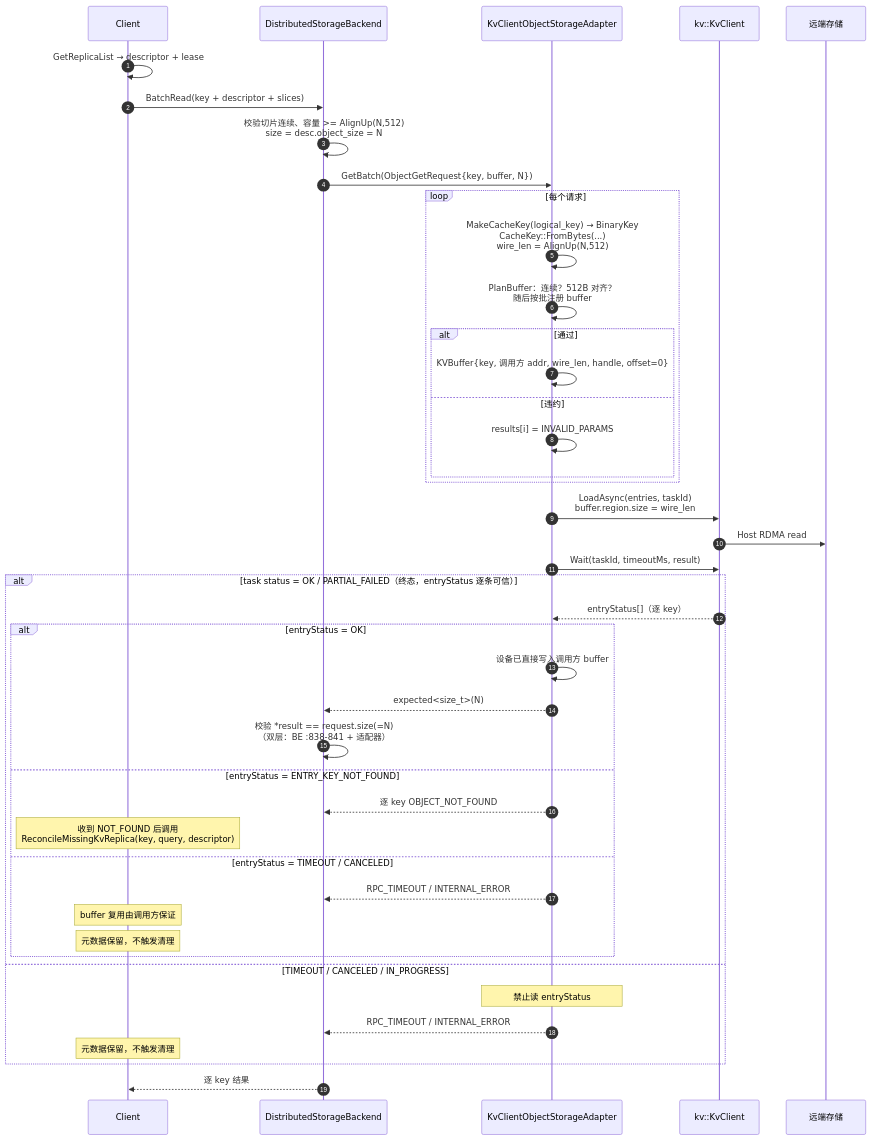
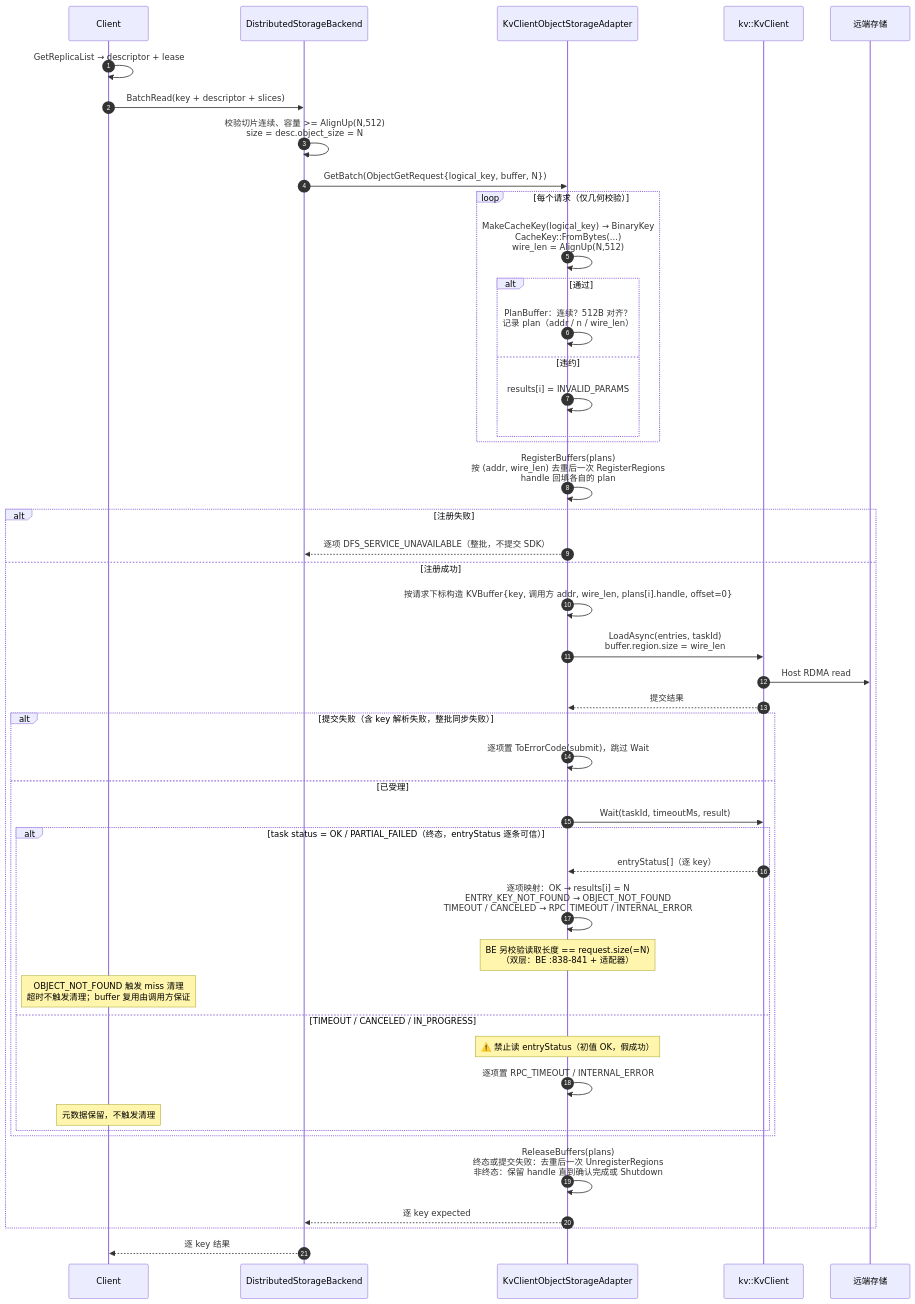
The tenth of 13 diagrams in Mooncake + KVClient L3 接入（Kvcs）- v3.md (zwj20000328-dotcom/Mooncake-documents), drawn with Mermaid before and after one commit. The commit also changed other lines of this file, not shown here.

Commit message:
docs: align diagrams and code paths with per-batch registration semantics

````diff
--- a/Mooncake + KVClient L3 接入（Kvcs）- v3.md
+++ b/Mooncake + KVClient L3 接入（Kvcs）- v3.md
@@ -630,46 +648,49 @@
 ```mermaid
 sequenceDiagram
     autonumber
     participant C as Client
     participant BE as DistributedStorageBackend
     participant AD as KvClientObjectStorageAdapter
     participant SDK as kv::KvClient
     participant S as 远端存储
 
     C->>C: GetReplicaList → descriptor + lease
     C->>BE: BatchRead(key + descriptor + slices)
     BE->>BE: 校验切片连续、容量 >= AlignUp(N,512)<br/>size = desc.object_size = N
-    BE->>AD: GetBatch(ObjectGetRequest{key, buffer, N})
-    loop 每个请求
+    BE->>AD: GetBatch(ObjectGetRequest{logical_key, buffer, N})
+    loop 每个请求（仅几何校验）
         AD->>AD: MakeCacheKey(logical_key) → BinaryKey<br/>CacheKey::FromBytes(...)<br/>wire_len = AlignUp(N,512)
-        AD->>AD: PlanBuffer：连续？512B 对齐？<br/>随后按批注册 buffer
         alt 通过
-            AD->>AD: KVBuffer{key, 调用方 addr, wire_len, handle, offset=0}
+            AD->>AD: PlanBuffer：连续？512B 对齐？<br/>记录 plan（addr / n / wire_len）
         else 违约
             AD->>AD: results[i] = INVALID_PARAMS
         end
     end
-    AD->>SDK: LoadAsync(entries, taskId)<br/>buffer.region.size = wire_len
-    SDK->>S: Host RDMA read
-    AD->>SDK: Wait(taskId, timeoutMs, result)
-    alt task status = OK / PARTIAL_FAILED（终态，entryStatus 逐条可信）
-        SDK-->>AD: entryStatus[]（逐 key）
-        alt entryStatus = OK
-            AD->>AD: 设备已直接写入调用方 buffer
-            AD-->>BE: expected<size_t>(N)
-            BE->>BE: 校验 *result == request.size(=N)<br/>（双层：BE :838-841 + 适配器）
-        else entryStatus = ENTRY_KEY_NOT_FOUND
-            AD-->>BE: 逐 key OBJECT_NOT_FOUND
-            Note over C: 收到 NOT_FOUND 后调用<br/>ReconcileMissingKvReplica(key, query, descriptor)
-        else entryStatus = TIMEOUT / CANCELED
-            AD-->>BE: RPC_TIMEOUT / INTERNAL_ERROR
-            Note over C: buffer 复用由调用方保证
-            Note over C: 元数据保留，不触发清理
+    AD->>AD: RegisterBuffers(plans)<br/>按 (addr, wire_len) 去重后一次 RegisterRegions<br/>handle 回填各自的 plan
+    alt 注册失败
+        AD-->>BE: 逐项 DFS_SERVICE_UNAVAILABLE（整批，不提交 SDK）
+    else 注册成功
+        AD->>AD: 按请求下标构造 KVBuffer{key, 调用方 addr, wire_len, plans[i].handle, offset=0}
+        AD->>SDK: LoadAsync(entries, taskId)<br/>buffer.region.size = wire_len
+        SDK->>S: Host RDMA read
+        SDK-->>AD: 提交结果
+        alt 提交失败（含 key 解析失败，整批同步失败）
+            AD->>AD: 逐项置 ToErrorCode(submit)，跳过 Wait
+        else 已受理
+            AD->>SDK: Wait(taskId, timeoutMs, result)
+            alt task status = OK / PARTIAL_FAILED（终态，entryStatus 逐条可信）
+                SDK-->>AD: entryStatus[]（逐 key）
+                AD->>AD: 逐项映射：OK → results[i] = N<br/>ENTRY_KEY_NOT_FOUND → OBJECT_NOT_FOUND<br/>TIMEOUT / CANCELED → RPC_TIMEOUT / INTERNAL_ERROR
+                Note over AD: BE 另校验读取长度 == request.size(=N)<br/>（双层：BE :838-841 + 适配器）
+                Note over C: OBJECT_NOT_FOUND 触发 miss 清理<br/>超时不触发清理；buffer 复用由调用方保证
+            else TIMEOUT / CANCELED / IN_PROGRESS
+                Note over AD: ⚠️ 禁止读 entryStatus（初值 OK，假成功）
+                AD->>AD: 逐项置 RPC_TIMEOUT / INTERNAL_ERROR
+                Note over C: 元数据保留，不触发清理
+            end
         end
-    else TIMEOUT / CANCELED / IN_PROGRESS
-        Note over AD: 禁止读 entryStatus
-        AD-->>BE: RPC_TIMEOUT / INTERNAL_ERROR
-        Note over C: 元数据保留，不触发清理
+        AD->>AD: ReleaseBuffers(plans)<br/>终态或提交失败：去重后一次 UnregisterRegions<br/>非终态：保留 handle 直到确认完成或 Shutdown
+        AD-->>BE: 逐 key expected
     end
     BE-->>C: 逐 key 结果
 ```
````
